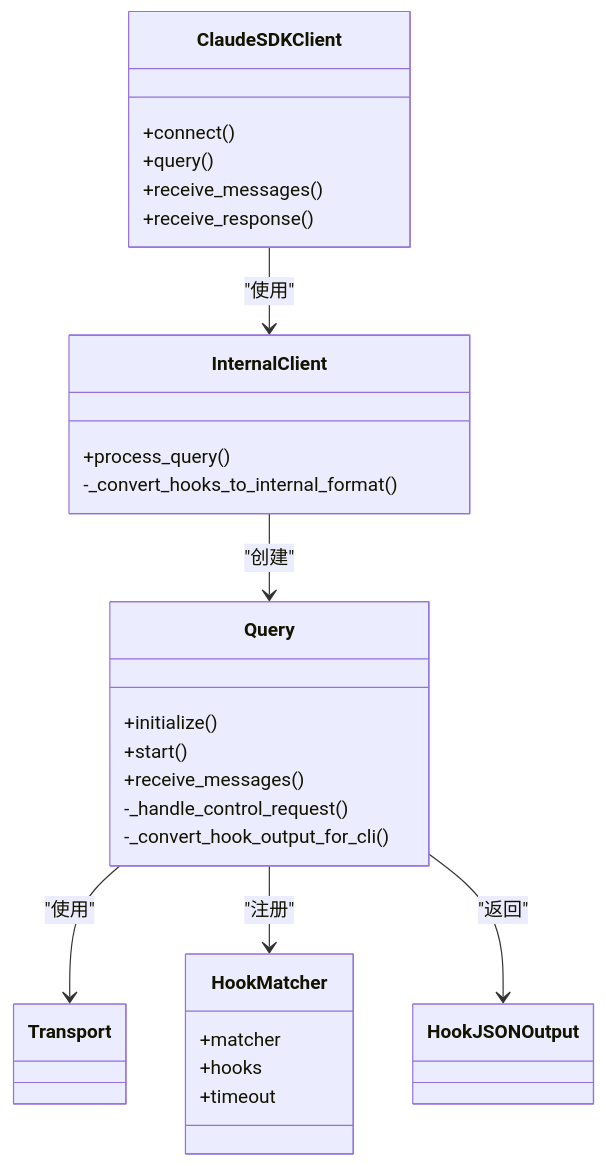
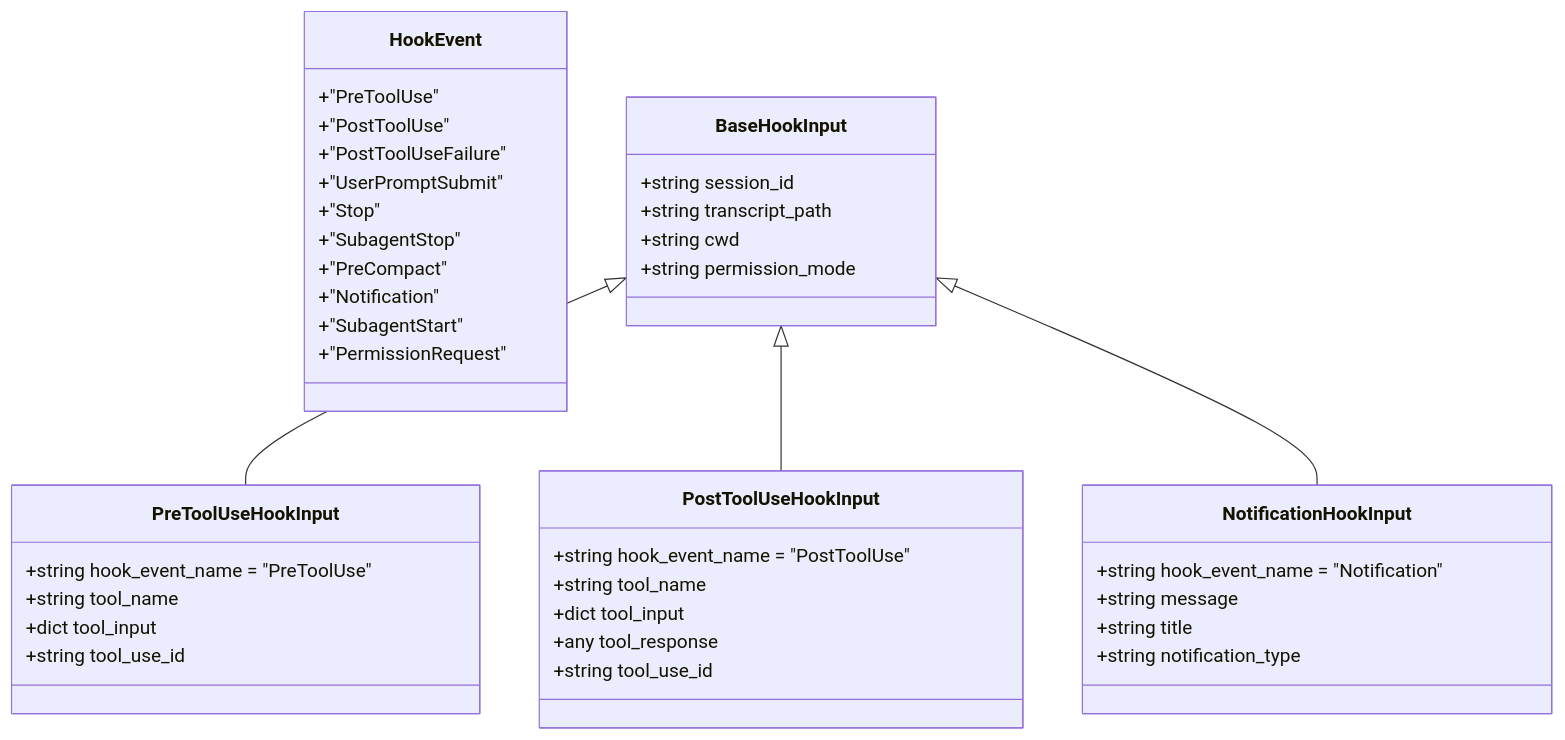
Before and after one commit to defulat-coder/claude-agent-sdk-python: the third of 7 diagrams in .qoder/repowiki/zh/content/高级功能/钩子系统/钩子系统.md, drawn with Mermaid. The commit also changed other lines of this file and 77 other files, not shown here.

````diff
--- a/.qoder/repowiki/zh/content/高级功能/钩子系统/钩子系统.md
+++ b/.qoder/repowiki/zh/content/高级功能/钩子系统/钩子系统.md
@@ -265,32 +127,43 @@
 ```mermaid
 classDiagram
-class ClaudeSDKClient {
-+connect()
-+query()
-+receive_messages()
-+receive_response()
+class HookEvent {
++"PreToolUse"
++"PostToolUse"
++"PostToolUseFailure"
++"UserPromptSubmit"
++"Stop"
++"SubagentStop"
++"PreCompact"
++"Notification"
++"SubagentStart"
++"PermissionRequest"
 }
-class InternalClient {
-+process_query()
--_convert_hooks_to_internal_format()
+class BaseHookInput {
++string session_id
++string transcript_path
++string cwd
++string permission_mode
 }
-class Query {
-+initialize()
-+start()
-+receive_messages()
--_handle_control_request()
--_convert_hook_output_for_cli()
+class PreToolUseHookInput {
++string hook_event_name = "PreToolUse"
++string tool_name
++dict tool_input
++string tool_use_id
 }
-class HookMatcher {
-+matcher
-+hooks
-+timeout
+class PostToolUseHookInput {
++string hook_event_name = "PostToolUse"
++string tool_name
++dict tool_input
++any tool_response
++string tool_use_id
 }
-class HookJSONOutput
-class Transport
-ClaudeSDKClient --> InternalClient : "使用"
-InternalClient --> Query : "创建"
-Query --> Transport : "使用"
-Query --> HookMatcher : "注册"
-Query --> HookJSONOutput : "返回"
+class NotificationHookInput {
++string hook_event_name = "Notification"
++string message
++string title
++string notification_type
+}
+BaseHookInput <|-- PreToolUseHookInput
+BaseHookInput <|-- PostToolUseHookInput
+BaseHookInput <|-- NotificationHookInput
 ```
````
